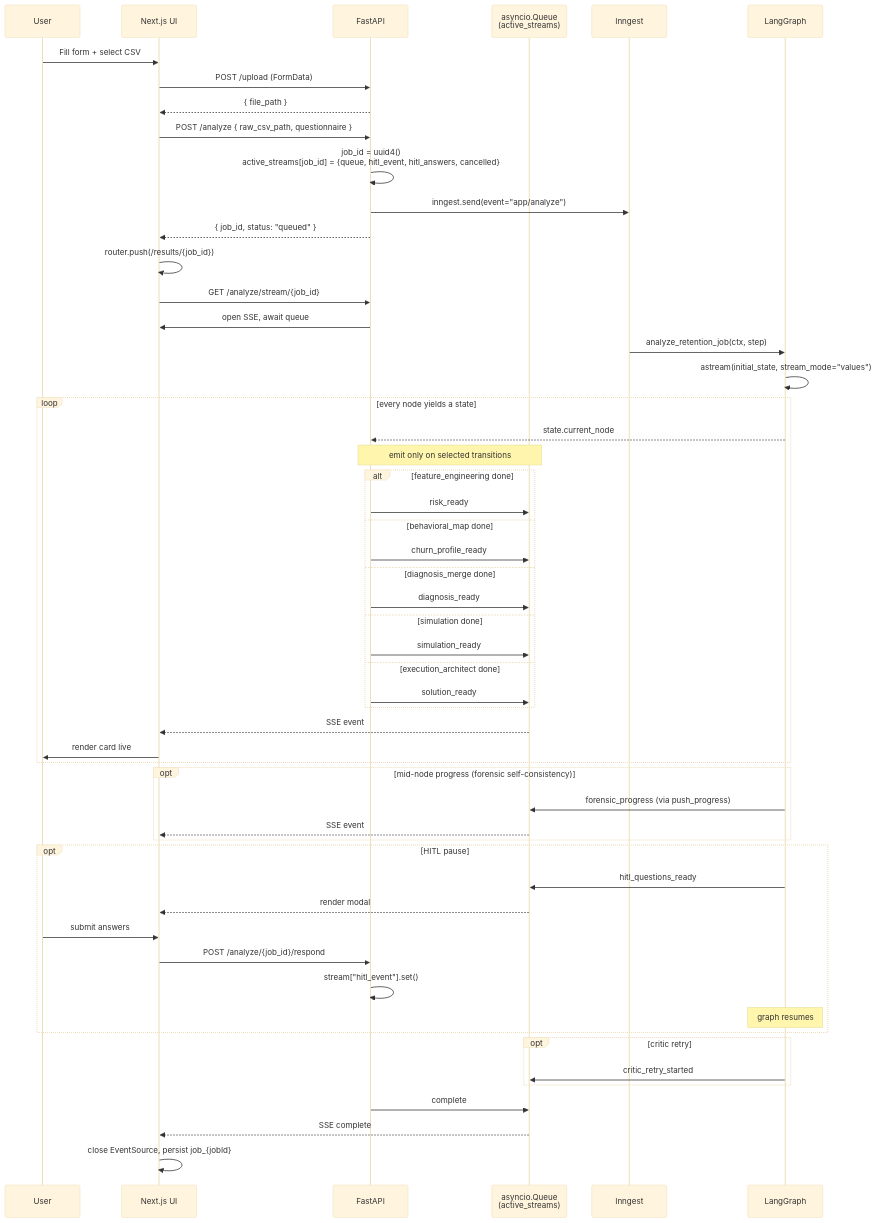
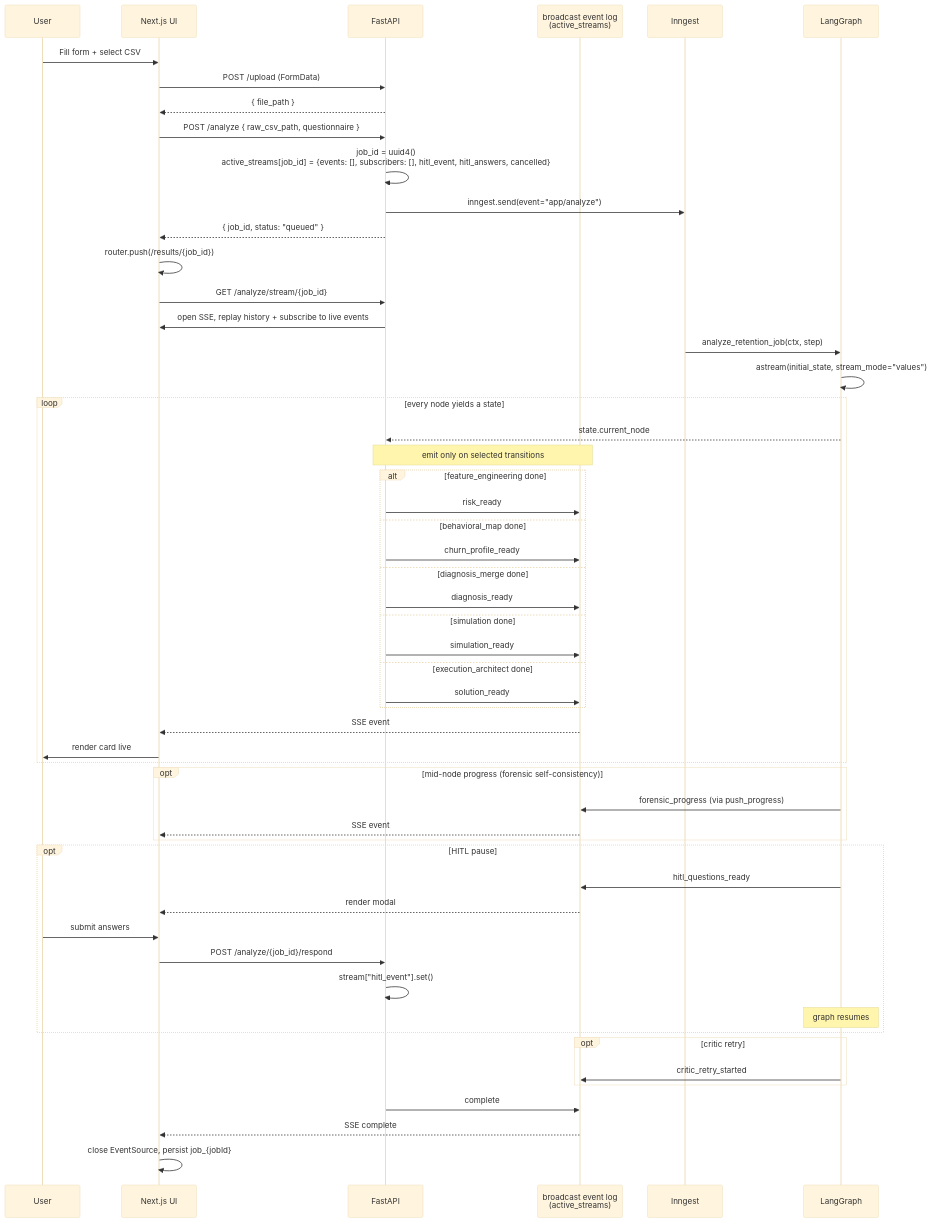
Before and after one commit to Abhayanthk/Retain_AI: the diagram in docs/ui-flow.md, drawn with Mermaid (base theme). The commit also changed other lines of this file and 26 other files, not shown here.

````diff
--- a/docs/ui-flow.md
+++ b/docs/ui-flow.md
@@ -75,63 +85,63 @@
 ```mermaid
 sequenceDiagram
     participant U as User
     participant F as Next.js UI
     participant A as FastAPI
-    participant Q as asyncio.Queue<br/>(active_streams)
+    participant Q as broadcast event log<br/>(active_streams)
     participant I as Inngest
     participant G as LangGraph
 
     U->>F: Fill form + select CSV
     F->>A: POST /upload (FormData)
     A-->>F: { file_path }
     F->>A: POST /analyze { raw_csv_path, questionnaire }
-    A->>A: job_id = uuid4()<br/>active_streams[job_id] = {queue, hitl_event, hitl_answers, cancelled}
+    A->>A: job_id = uuid4()<br/>active_streams[job_id] = {events: [], subscribers: [], hitl_event, hitl_answers, cancelled}
     A->>I: inngest.send(event="app/analyze")
     A-->>F: { job_id, status: "queued" }
     F->>F: router.push(/results/{job_id})
     F->>A: GET /analyze/stream/{job_id}
-    A->>F: open SSE, await queue
+    A->>F: open SSE, replay history + subscribe to live events
 
     I->>G: analyze_retention_job(ctx, step)
     G->>G: astream(initial_state, stream_mode="values")
 
     loop every node yields a state
         G-->>A: state.current_node
         Note over A,Q: emit only on selected transitions
         alt feature_engineering done
             A->>Q: risk_ready
         else behavioral_map done
             A->>Q: churn_profile_ready
         else diagnosis_merge done
             A->>Q: diagnosis_ready
         else simulation done
             A->>Q: simulation_ready
         else execution_architect done
             A->>Q: solution_ready
         end
         Q-->>F: SSE event
         F->>U: render card live
     end
 
     opt mid-node progress (forensic self-consistency)
         G->>Q: forensic_progress (via push_progress)
         Q-->>F: SSE event
     end
 
     opt HITL pause
         G->>Q: hitl_questions_ready
         Q-->>F: render modal
         U->>F: submit answers
         F->>A: POST /analyze/{job_id}/respond
         A->>A: stream["hitl_event"].set()
         Note over G: graph resumes
     end
 
     opt critic retry
         G->>Q: critic_retry_started
     end
 
     A->>Q: complete
     Q-->>F: SSE complete
     F->>F: close EventSource, persist job_{jobId}
 ```
````
